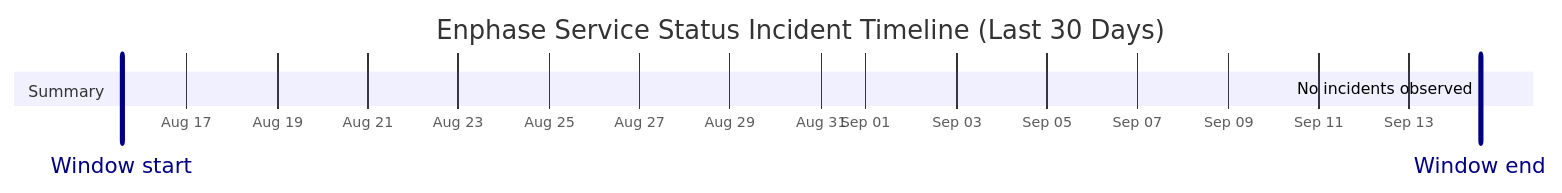
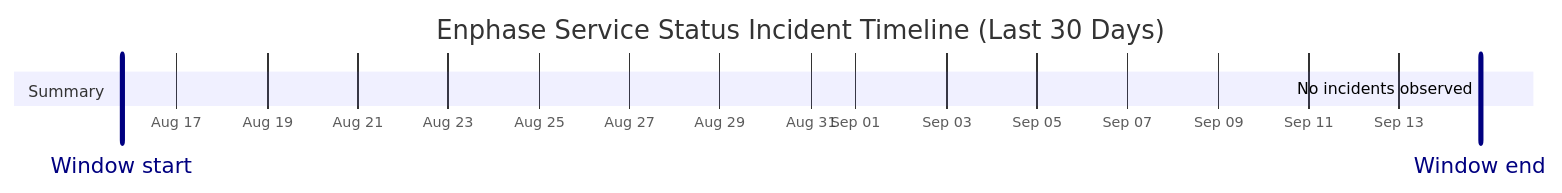
Before and after one commit to barneyonline/ha-enphase-energy: the diagram in wiki/Service-Status-History.md, drawn with Mermaid. The commit also changed other lines of this file and 3 other files, not shown here.

````diff
--- a/wiki/Service-Status-History.md
+++ b/wiki/Service-Status-History.md
@@ -14,10 +14,10 @@
 ```mermaid
 gantt
     title Enphase Service Status Incident Timeline (Last 30 Days)
     dateFormat  YYYY-MM-DDTHH:mm:ss
     axisFormat  %b %d
-    Window start :vert, window-start, 2026-08-15T13:38:52, 0ms
-    Window end :vert, window-end, 2026-09-14T13:38:52, 0ms
+    Window start :vert, window-start, 2026-08-15T19:01:25, 0ms
+    Window end :vert, window-end, 2026-09-14T19:01:25, 0ms
     section Summary
-    No incidents observed :done, 2026-09-14T13:38:52, 1m
+    No incidents observed :done, 2026-09-14T19:01:25, 1m
 ```
````
